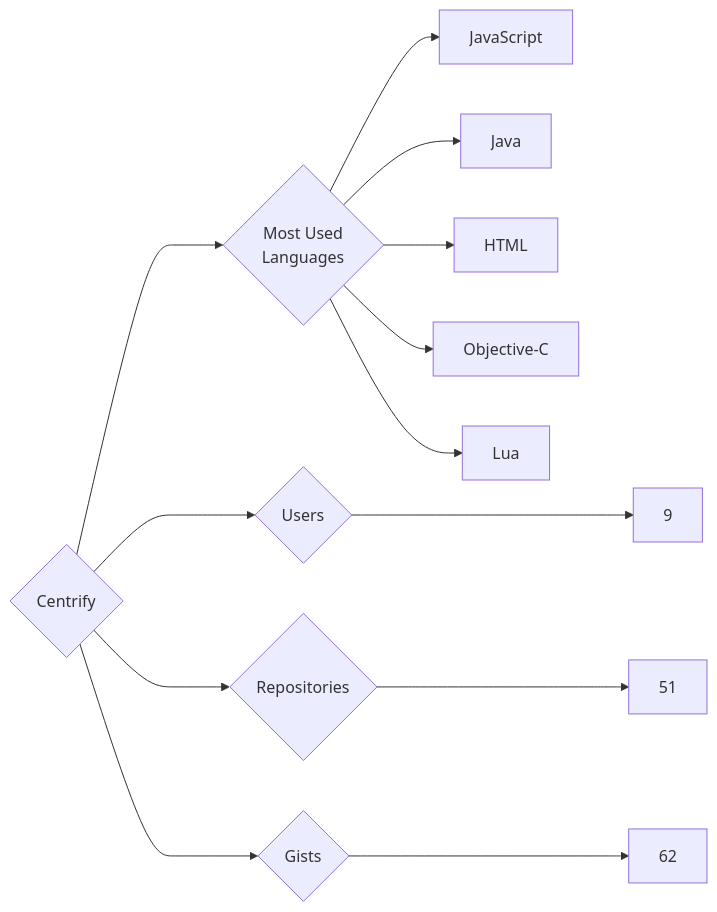
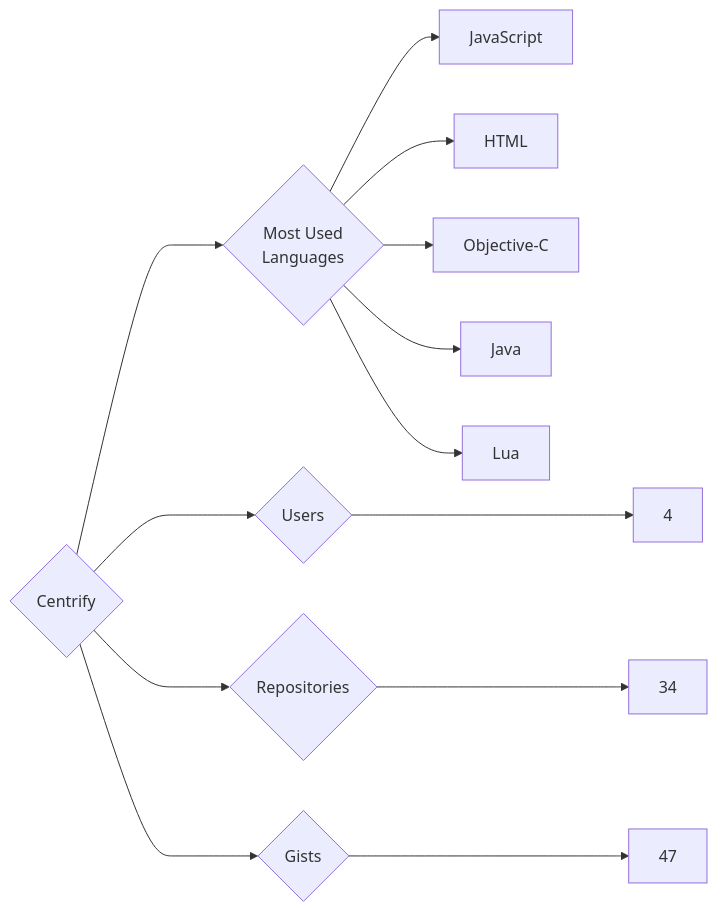
The diagram in targets/Centrify/README.md (trickest/insiders), drawn with Mermaid before and after one commit. The commit also changed 1166 other files, not shown here.

````diff
--- a/targets/Centrify/README.md
+++ b/targets/Centrify/README.md
@@ -3,13 +3,13 @@
 ```mermaid
 graph LR
 COMPANY_NAME{Centrify}
-COMPANY_NAME ---> U{Users} ---> UN[9]
-COMPANY_NAME ---> R{Repositories} ---> RN[51]
-COMPANY_NAME ---> G{Gists} ---> GN[62]
+COMPANY_NAME ---> U{Users} ---> UN[4]
+COMPANY_NAME ---> R{Repositories} ---> RN[34]
+COMPANY_NAME ---> G{Gists} ---> GN[47]
 COMPANY_NAME ---> ML{Most Used<br>Languages}
 ML --> JavaScript[JavaScript]
-ML --> Java[Java]
 ML --> HTML[HTML]
 ML --> Objective-C[Objective-C]
+ML --> Java[Java]
 ML --> Lua[Lua]
 ```
````
